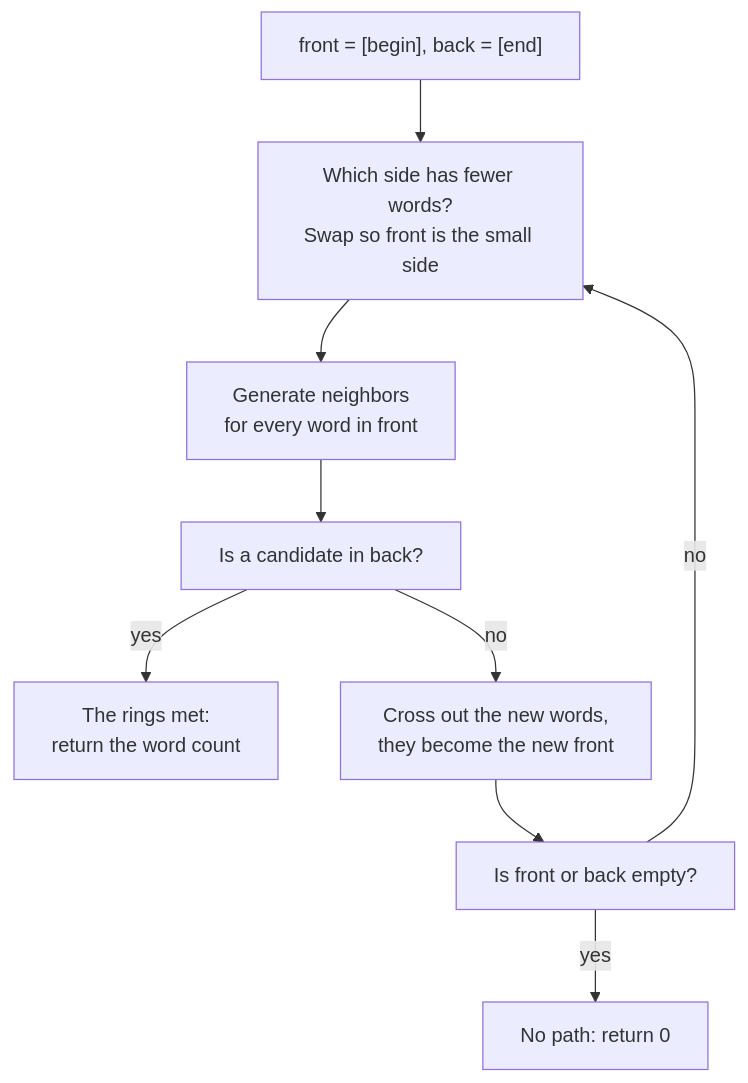
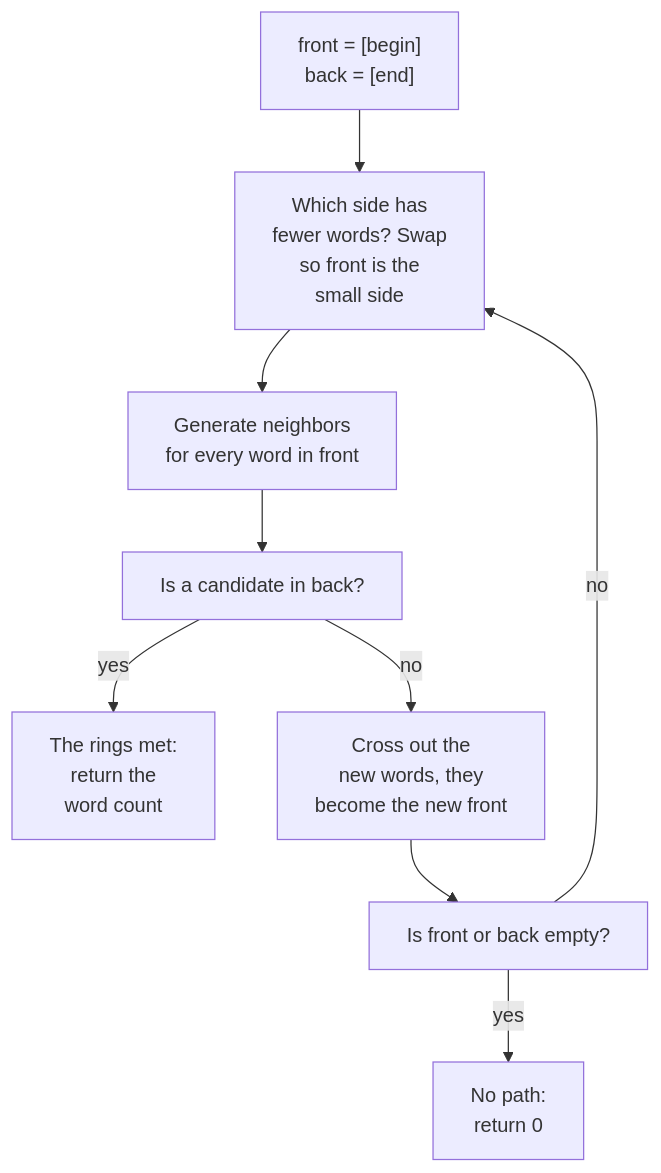
The second of 2 diagrams in content/en/problems/word-ladder.md (duongbui234/software-engineering-atlas), drawn with Mermaid before and after one commit. The commit also changed 134 other files, not shown here.

First line of the commit message:
Fit every Mermaid diagram at 390px without sideways scroll (#56)

````diff
--- a/content/en/problems/word-ladder.md
+++ b/content/en/problems/word-ladder.md
@@ -168,11 +168,11 @@
 ```mermaid
 flowchart TB
-  A["front = [begin], back = [end]"] --> B["Which side has fewer words?<br/>Swap so front is the small side"]
+  A["front = [begin]<br/>back = [end]"] --> B["Which side has<br/>fewer words? Swap<br/>so front is the<br/>small side"]
   B --> C["Generate neighbors<br/>for every word in front"]
   C --> D["Is a candidate in back?"]
-  D -- "yes" --> E["The rings met:<br/>return the word count"]
-  D -- "no" --> F["Cross out the new words,<br/>they become the new front"]
+  D -- "yes" --> E["The rings met:<br/>return the<br/>word count"]
+  D -- "no" --> F["Cross out the<br/>new words, they<br/>become the new front"]
   F --> G["Is front or back empty?"]
   G -- "no" --> B
-  G -- "yes" --> H["No path: return 0"]
+  G -- "yes" --> H["No path:<br/>return 0"]
 ```
````
